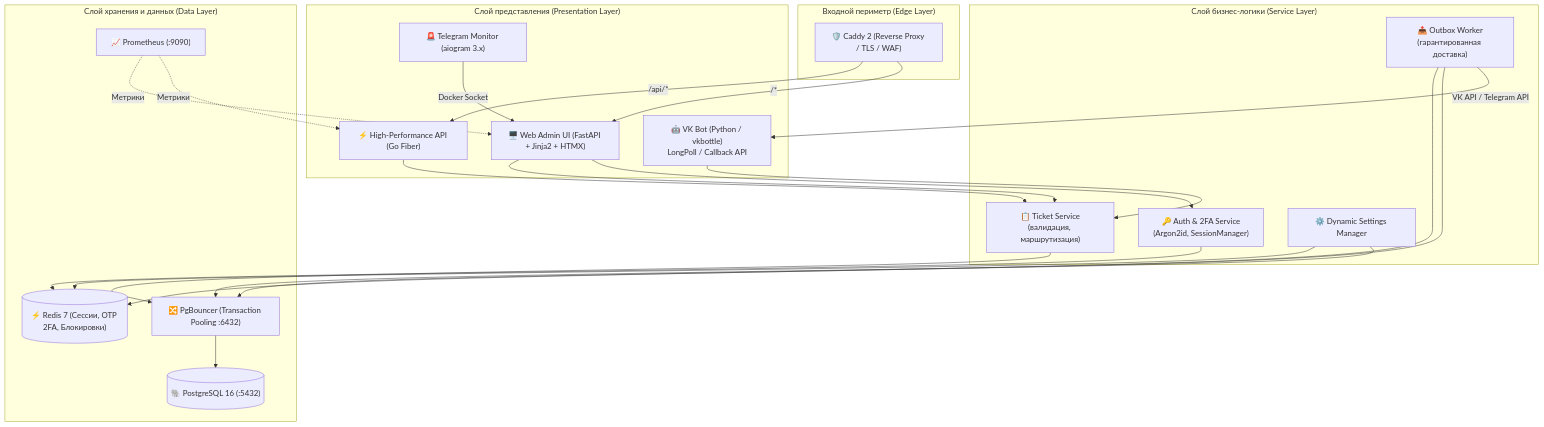
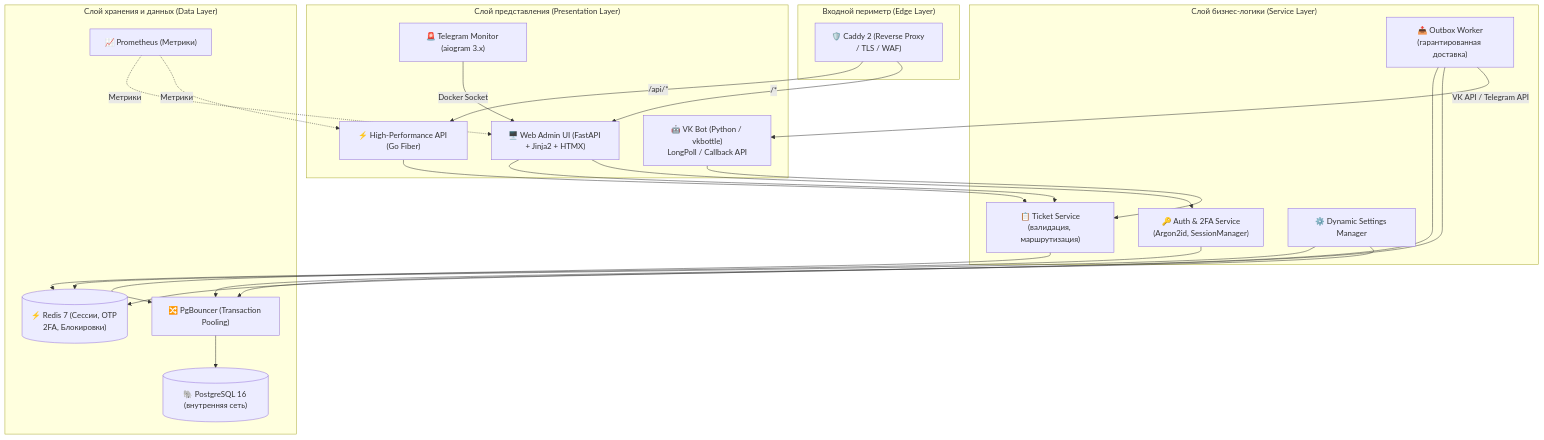
The first of 2 diagrams in TECHNICAL_SPEC.md (KOngfrost/Tren_Omni_bot), drawn with Mermaid before and after one commit. The commit also changed other lines of this file and 47 other files, not shown here.

````diff
--- a/TECHNICAL_SPEC.md
+++ b/TECHNICAL_SPEC.md
@@ -28,48 +28,48 @@
 ```mermaid
 flowchart TB
     subgraph Edge["Входной периметр (Edge Layer)"]
         Caddy["🛡️ Caddy 2 (Reverse Proxy / TLS / WAF)"]
     end
 
     subgraph Presentation["Слой представления (Presentation Layer)"]
         VKBot["🤖 VK Bot (Python / vkbottle)<br/>LongPoll / Callback API"]
         WebAdmin["🖥️ Web Admin UI (FastAPI + Jinja2 + HTMX)"]
         GoAPI["⚡ High-Performance API (Go Fiber)"]
         TGMon["🚨 Telegram Monitor (aiogram 3.x)"]
     end
 
     subgraph ServiceLayer["Слой бизнес-логики (Service Layer)"]
         TicketService["📋 Ticket Service<br/>(валидация, маршрутизация)"]
         OutboxWorker["📤 Outbox Worker<br/>(гарантированная доставка)"]
         AuthService["🔑 Auth & 2FA Service<br/>(Argon2id, SessionManager)"]
         DynamicSettings["⚙️ Dynamic Settings Manager"]
     end
 
     subgraph StorageLayer["Слой хранения и данных (Data Layer)"]
-        PgBouncer["🔀 PgBouncer (Transaction Pooling :6432)"]
-        PostgreSQL[("🐘 PostgreSQL 16 (:5432)")]
+        PgBouncer["🔀 PgBouncer (Transaction Pooling)"]
+        PostgreSQL[("🐘 PostgreSQL 16 (внутренняя сеть)")]
         Redis[("⚡ Redis 7 (Сессии, OTP 2FA, Блокировки)")]
-        Prometheus["📈 Prometheus (:9090)"]
+        Prometheus["📈 Prometheus (Метрики)"]
     end
 
     Caddy -->|/api/*| GoAPI
     Caddy -->|/*| WebAdmin
     VKBot --> TicketService
     WebAdmin --> TicketService
     WebAdmin --> AuthService
     GoAPI --> TicketService
 
     TicketService --> PgBouncer
     AuthService --> Redis
     DynamicSettings --> Redis
     DynamicSettings --> PgBouncer
 
     OutboxWorker --> Redis
     OutboxWorker --> PgBouncer
     OutboxWorker -->|VK API / Telegram API| VKBot
 
     PgBouncer --> PostgreSQL
     TGMon -->|Docker Socket| WebAdmin
     Prometheus -.->|Метрики| WebAdmin
     Prometheus -.->|Метрики| GoAPI
 ```
````
